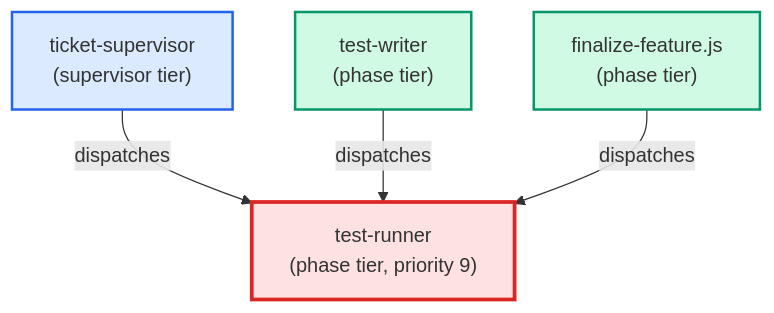
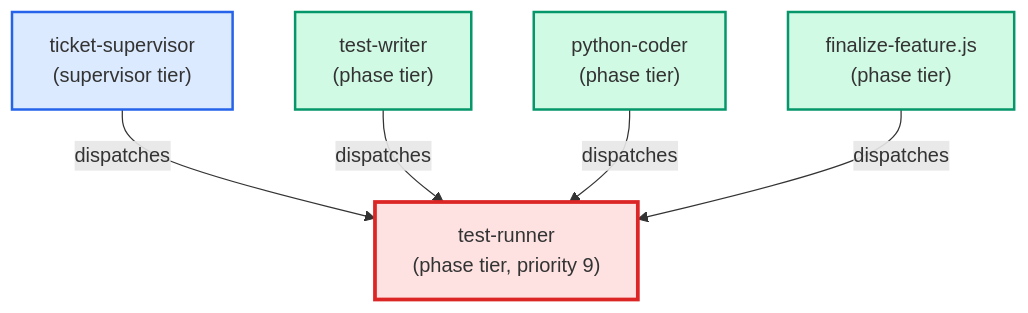
One commit to urlmonitor/leafcutter-ai changed the diagram in docs/agents/cards/test-runner.card.md. Above: the diagram before and after it, drawn with Mermaid. The commit also changed other lines of this file and 79 other files, not shown here.

````diff
--- a/docs/agents/cards/test-runner.card.md
+++ b/docs/agents/cards/test-runner.card.md
@@ -57,16 +58,18 @@
 ```mermaid
 flowchart TD
     classDef supervisor fill:#dbeafe,stroke:#2563eb,stroke-width:2px
     classDef phase fill:#d1fae5,stroke:#059669,stroke-width:2px
     classDef utility fill:#f3f4f6,stroke:#4b5563,stroke-width:2px
     classDef target fill:#fee2e2,stroke:#dc2626,stroke-width:3px
 
     ticket_supervisor["ticket-supervisor\n(supervisor tier)"]:::supervisor
     test_writer["test-writer\n(phase tier)"]:::phase
+    python_coder["python-coder\n(phase tier)"]:::phase
     finalize_feature.js["finalize-feature.js\n(phase tier)"]:::phase
     test_runner["test-runner\n(phase tier, priority 9)"]:::target
 
     ticket_supervisor -->|dispatches| test_runner
     test_writer -->|dispatches| test_runner
+    python_coder -->|dispatches| test_runner
     finalize_feature.js -->|dispatches| test_runner
 ```
````
